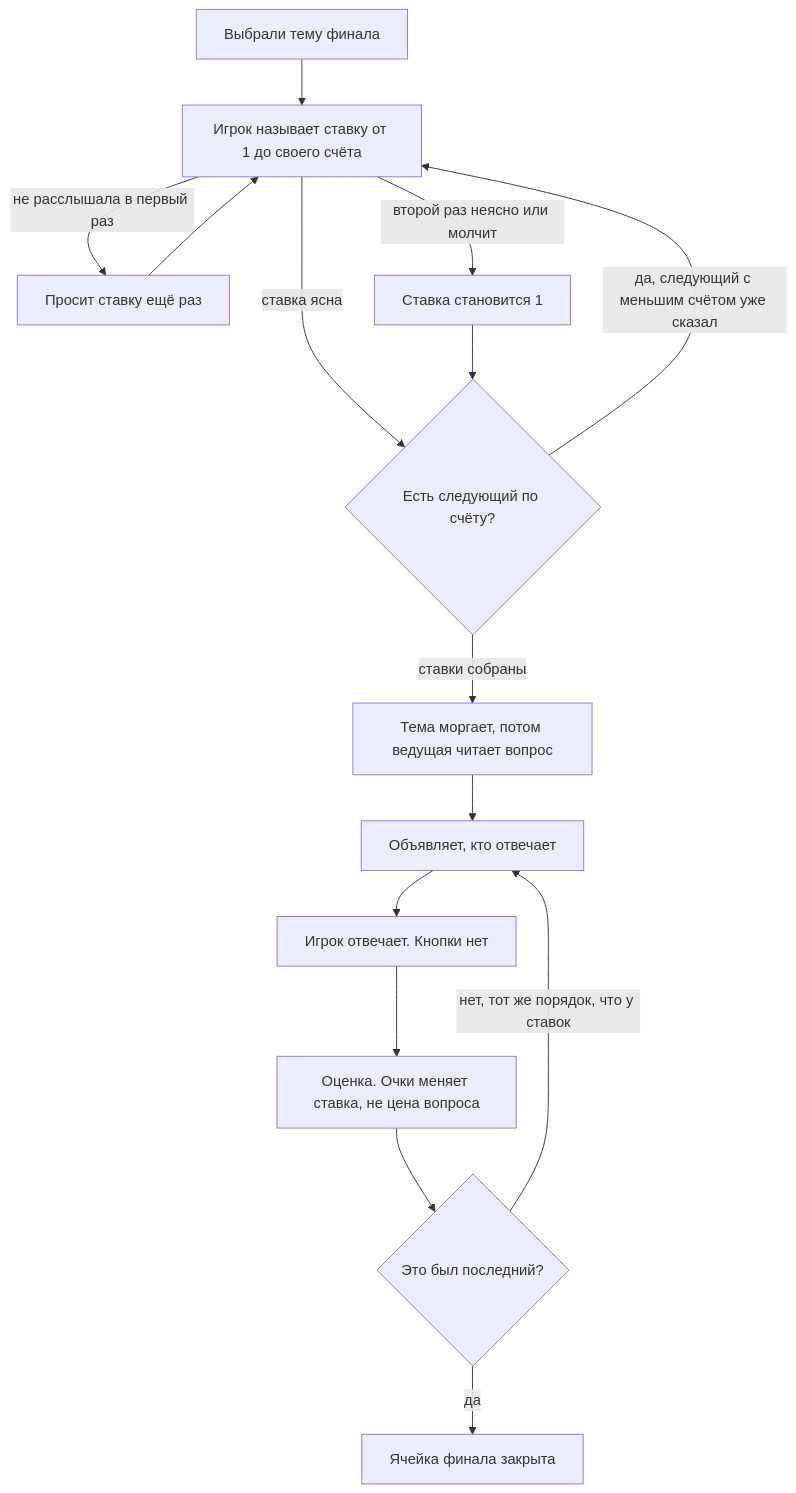
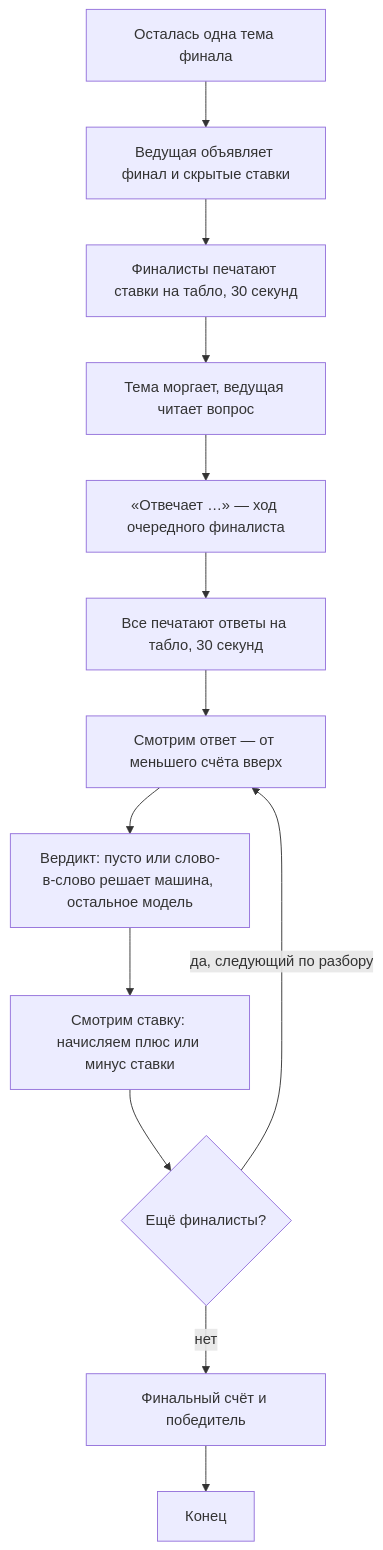
One commit to roginvs/aisigame changed the fourth of 5 diagrams in docs/GAME.md. Above: the diagram before and after it, drawn with Mermaid. The commit also changed other lines of this file and 31 other files, not shown here.

````diff
--- a/docs/GAME.md
+++ b/docs/GAME.md
@@ -183,29 +185,19 @@
 ```mermaid
 flowchart TD
-  theme[Выбрали тему финала]
-  bet[Игрок называет ставку от 1 до своего счёта]
-  retry[Просит ставку ещё раз]
-  min[Ставка становится 1]
-  more{Есть следующий по счёту?}
-  blink[Тема моргает, потом ведущая читает вопрос]
-  turn[Объявляет, кто отвечает]
-  ans[Игрок отвечает. Кнопки нет]
-  mark[Оценка. Очки меняет ставка, не цена вопроса]
-  next{Это был последний?}
-  endq[Ячейка финала закрыта]
+  theme[Осталась одна тема финала]
+  intro[Ведущая объявляет финал и скрытые ставки]
+  stake[Финалисты печатают ставки на табло, 30 секунд]
+  blink[Тема моргает, ведущая читает вопрос]
+  turn[«Отвечает …» — ход очередного финалиста]
+  typed[Все печатают ответы на табло, 30 секунд]
+  look[Смотрим ответ — от меньшего счёта вверх]
+  verdict[Вердикт: пусто или слово-в-слово решает машина, остальное модель]
+  stake2[Смотрим ставку: начисляем плюс или минус ставки]
+  more{Ещё финалисты?}
+  wrap[Финальный счёт и победитель]
 
-  theme --> bet
-  bet -->|ставка ясна| more
-  bet -->|не расслышала в первый раз| retry
-  retry --> bet
-  bet -->|второй раз неясно или молчит| min
-  min --> more
-  more -->|да, следующий с меньшим счётом уже сказал| bet
-  more -->|ставки собраны| blink
-  blink --> turn
-  turn --> ans
-  ans --> mark
-  mark --> next
-  next -->|нет, тот же порядок, что у ставок| turn
-  next -->|да| endq
+  theme --> intro --> stake --> blink --> turn --> typed --> look
+  look --> verdict --> stake2 --> more
+  more -->|да, следующий по разбору| look
+  more -->|нет| wrap --> Конец
 ```
````
